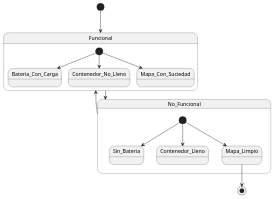
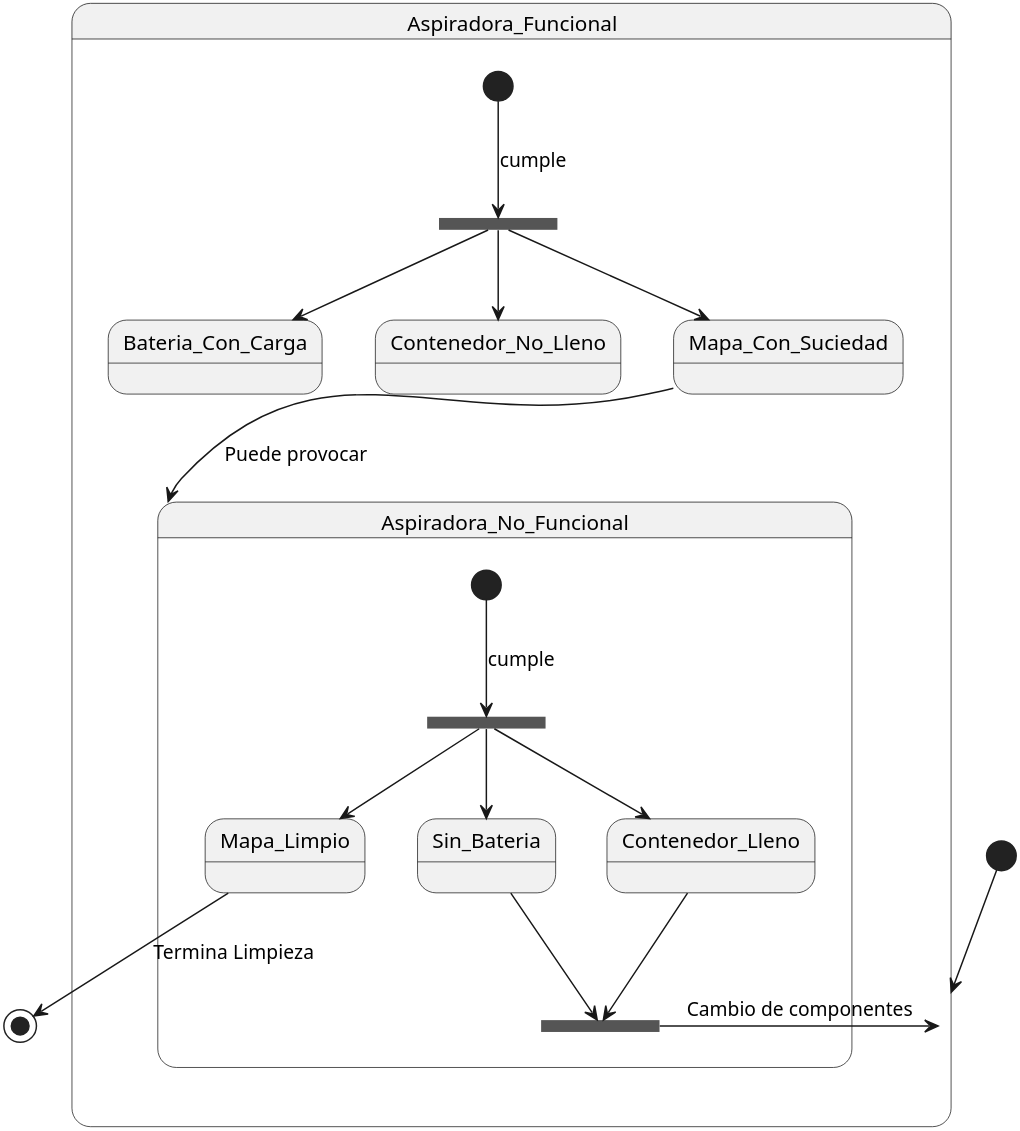
The diagram in docs/DiagramaEstadoAspiradora.plantuml (mmasias/idsw2), drawn with PlantUML before and after one commit. The commit also changed 1 other file, not shown here.

Commit message:
Diagrama de Objetos y diagrama de Estado cambiado

```diff
--- a/docs/DiagramaEstadoAspiradora.plantuml
+++ b/docs/DiagramaEstadoAspiradora.plantuml
@@ -1,20 +1,31 @@
 @startuml
-[*] --> Funcional
-Funcional --> No_Funcional
-Funcional <-- No_Funcional
+scale 150
+[*] --> Aspiradora_Funcional
 
-state Funcional {
-    [*] --> Bateria_Con_Carga
-    [*] --> Contenedor_No_Lleno
-    [*] --> Mapa_Con_Suciedad
+
+state Aspiradora_Funcional {
+    state fork_state <<fork>>
+    [*] --> fork_state : cumple
+    fork_state --> Bateria_Con_Carga
+    fork_state --> Contenedor_No_Lleno
+    fork_state --> Mapa_Con_Suciedad
+    Mapa_Con_Suciedad -down-> Aspiradora_No_Funcional : Puede provocar
 }
 
-state No_Funcional {
-    [*] --> Sin_Bateria
-    [*] --> Contenedor_Lleno
-    [*] --> Mapa_Limpio
+state Aspiradora_No_Funcional {
+    state fork_state1 <<fork>>
+    [*] --> fork_state1 : cumple
+    fork_state1 --> Sin_Bateria
+    fork_state1 --> Contenedor_Lleno
+    fork_state1 --> Mapa_Limpio
+
+    state restauracion <<fork>>
+    Sin_Bateria --> restauracion
+    Contenedor_Lleno --> restauracion
+    restauracion -left-> Aspiradora_Funcional : Cambio de componentes
+
 }
 
-Mapa_Limpio --> [*]
+Mapa_Limpio --> [*] : Termina Limpieza
 
 @enduml
```
